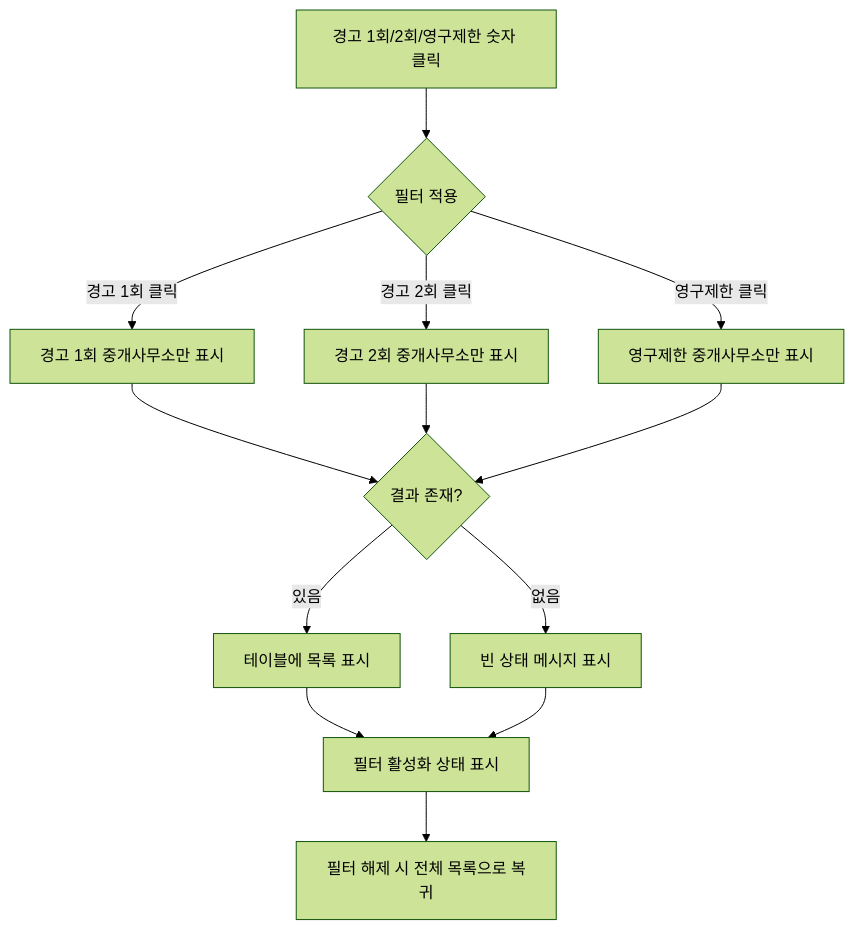
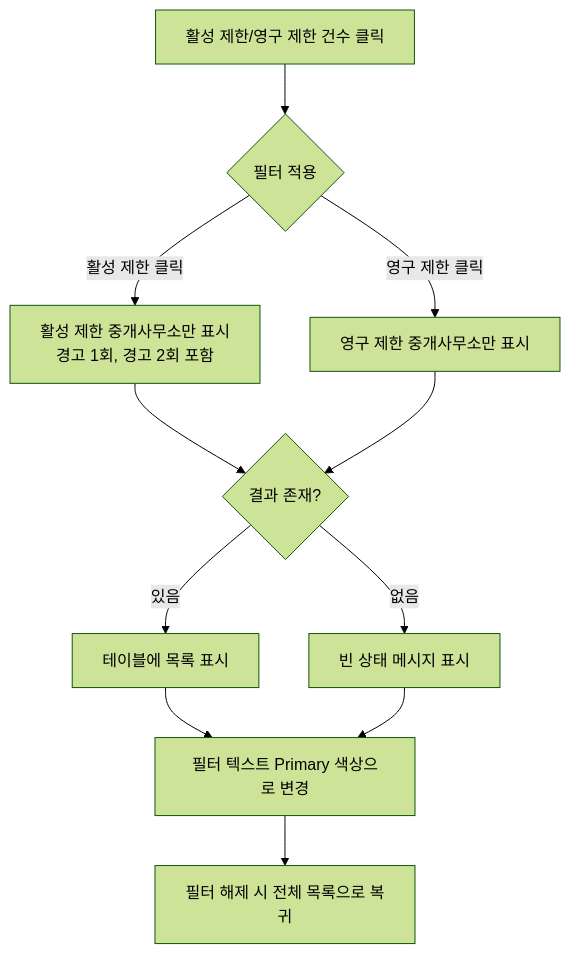
Before and after one commit to elfgee/Ceo: the second of 2 diagrams in docs/prd/prd.fake-ads-out-restrictions.md, drawn with Mermaid (forest theme). The commit also changed other lines of this file and 1 other file, not shown here.

````diff
--- a/docs/prd/prd.fake-ads-out-restrictions.md
+++ b/docs/prd/prd.fake-ads-out-restrictions.md
@@ -159,15 +306,13 @@
 ```mermaid
 flowchart TD
-    A[경고 1회/2회/영구제한 숫자 클릭] --> B{필터 적용}
-    B -->|경고 1회 클릭| C[경고 1회 중개사무소만 표시]
-    B -->|경고 2회 클릭| D[경고 2회 중개사무소만 표시]
-    B -->|영구제한 클릭| E[영구제한 중개사무소만 표시]
+    A[활성 제한/영구 제한 건수 클릭] --> B{필터 적용}
+    B -->|활성 제한 클릭| C[활성 제한 중개사무소만 표시<br/>경고 1회, 경고 2회 포함]
+    B -->|영구 제한 클릭| D[영구 제한 중개사무소만 표시]
     C --> F{결과 존재?}
     D --> F
-    E --> F
     F -->|있음| G[테이블에 목록 표시]
     F -->|없음| H[빈 상태 메시지 표시]
-    G --> I[필터 활성화 상태 표시]
+    G --> I[필터 텍스트 Primary 색상으로 변경]
     H --> I
     I --> J[필터 해제 시 전체 목록으로 복귀]
 ```
````
